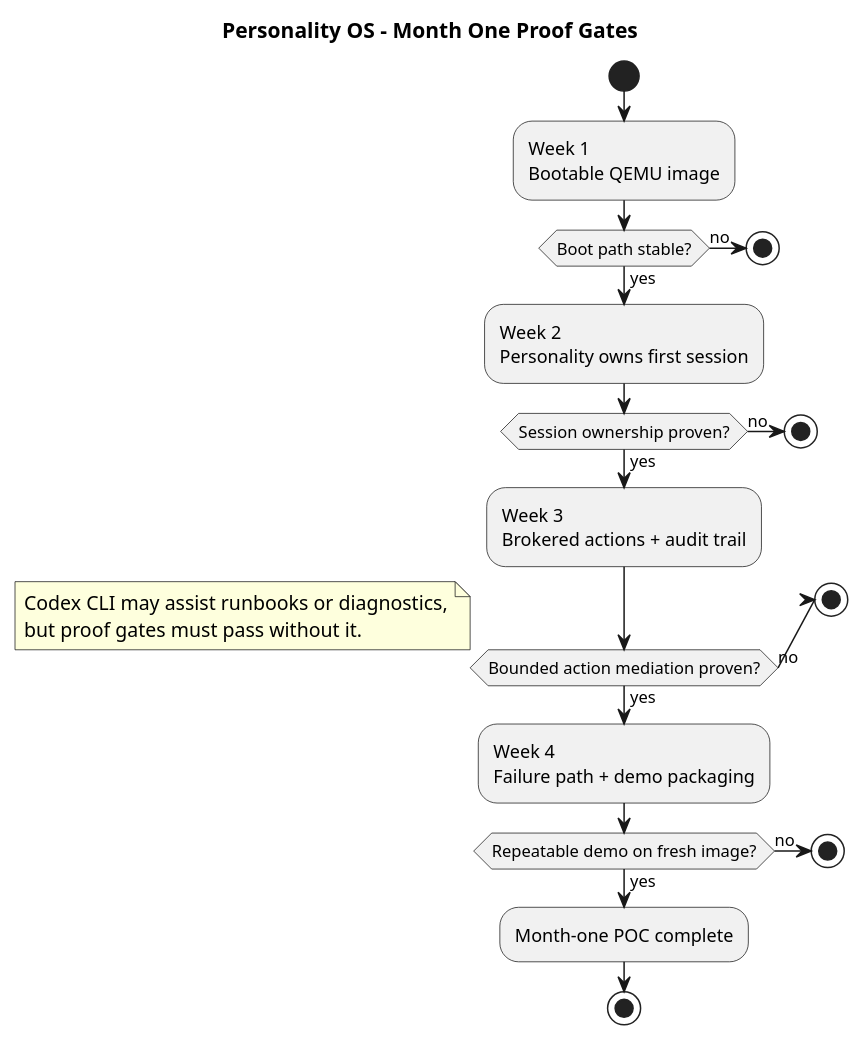
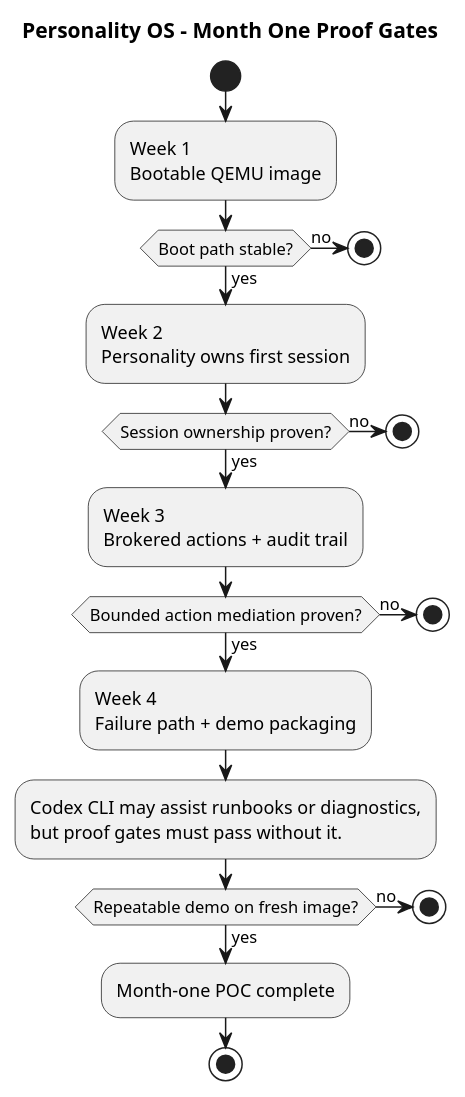
Before and after one commit to 3bu1/personaos: the second of 2 diagrams in docs/architecture/personality-os-architecture-v0.3.puml, drawn with PlantUML. The commit also changed other lines of this file and 1 other file, not shown here.

Commit message:
Refactor architecture diagrams for clarity and structure in Personality OS v0.3

```diff
--- a/docs/architecture/personality-os-architecture-v0.3.puml
+++ b/docs/architecture/personality-os-architecture-v0.3.puml
@@ -66,36 +63,33 @@
 @startuml
 skinparam shadowing false
 title Personality OS - Month One Proof Gates
 
 start
 :Week 1\nBootable QEMU image;
 if (Boot path stable?) then (yes)
   :Week 2\nPersonality owns first session;
 else (no)
   stop
 endif
 
 if (Session ownership proven?) then (yes)
   :Week 3\nBrokered actions + audit trail;
 else (no)
   stop
 endif
 
 if (Bounded action mediation proven?) then (yes)
   :Week 4\nFailure path + demo packaging;
 else (no)
   stop
 endif
 
-note right
-Codex CLI may assist runbooks or diagnostics,
-but proof gates must pass without it.
-end note
+:Codex CLI may assist runbooks or diagnostics,\nbut proof gates must pass without it.;
 
 if (Repeatable demo on fresh image?) then (yes)
   :Month-one POC complete;
 else (no)
   stop
 endif
 stop
 @enduml
```
